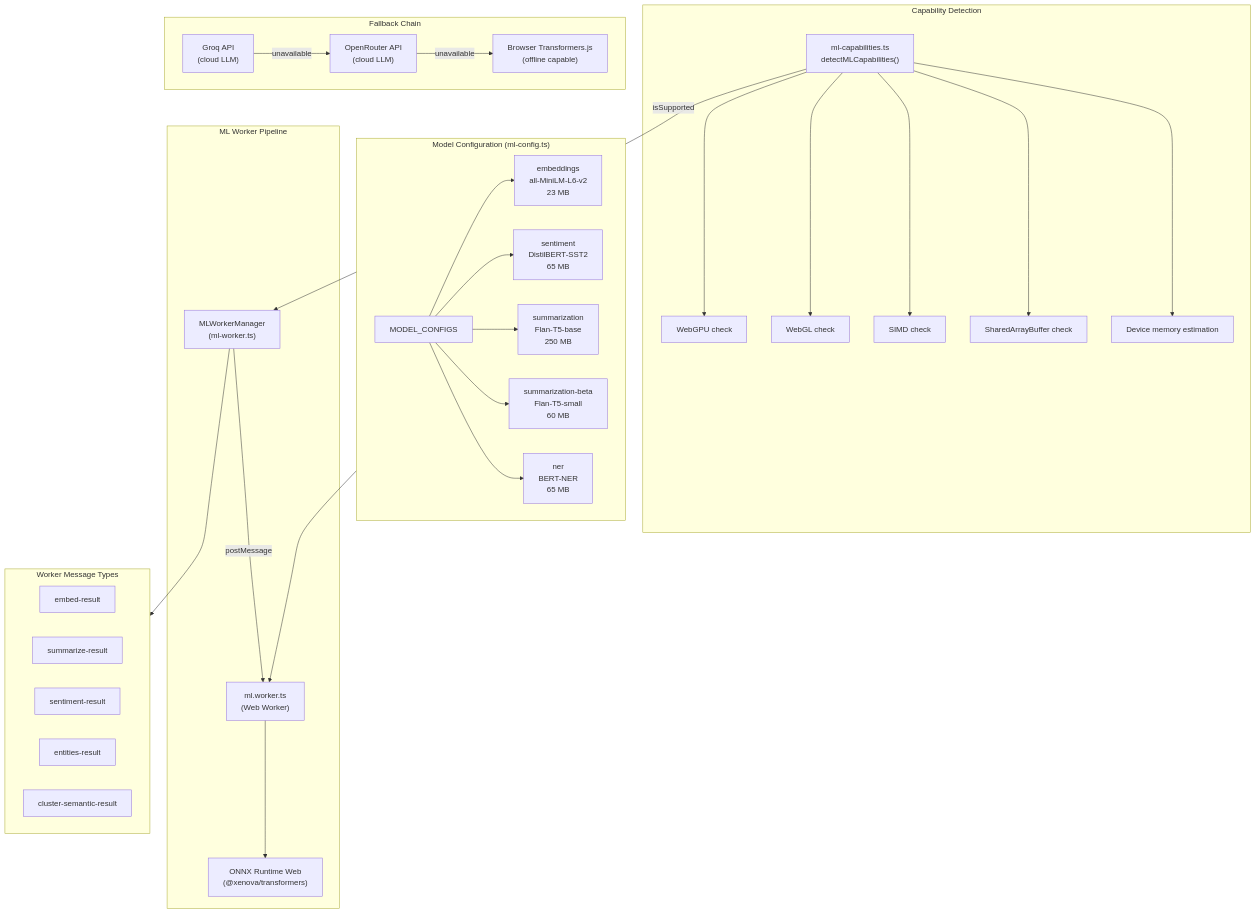
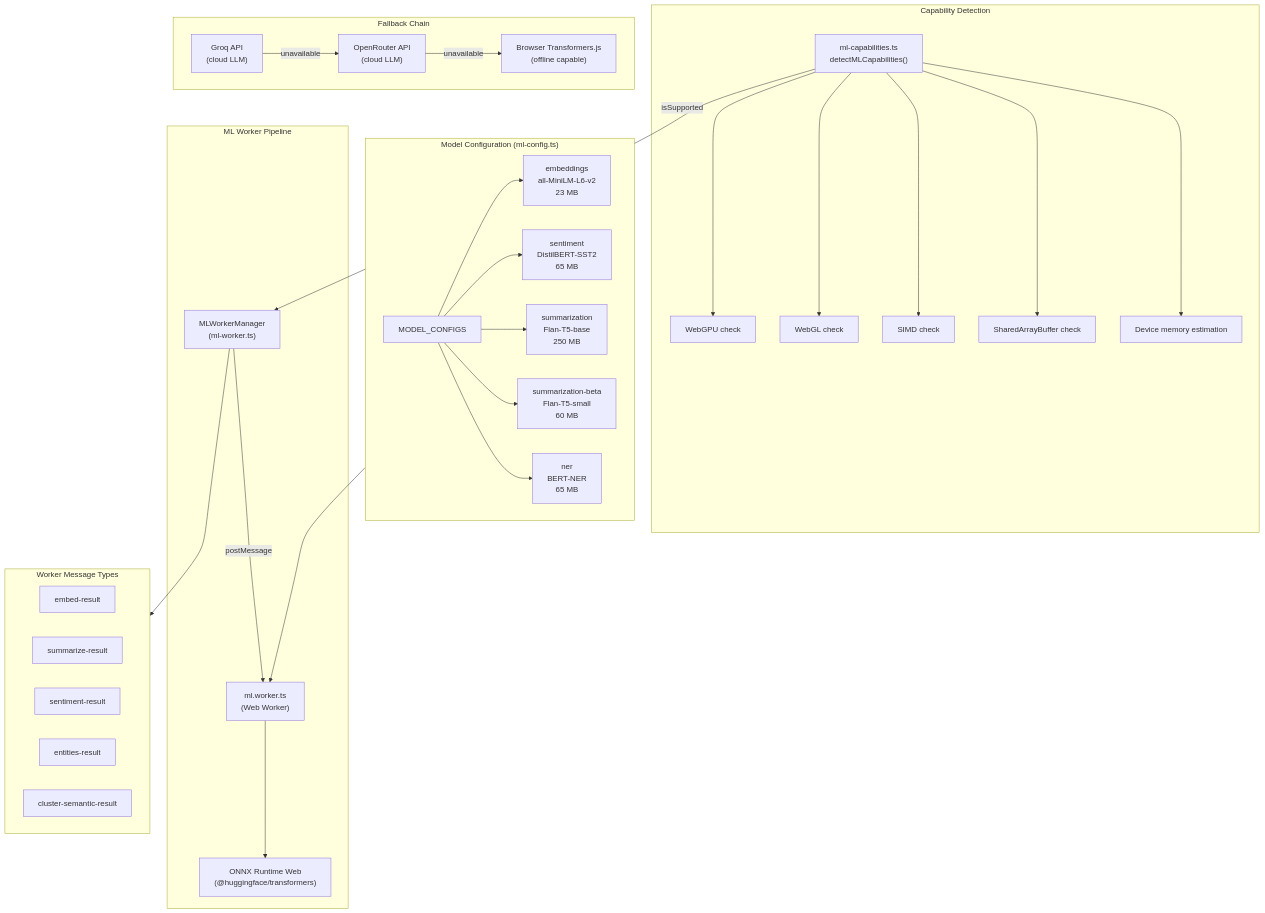
The eighth of 9 diagrams in docs/Docs_To_Review/ARCHITECTURE.md (hanzoai/world), drawn with Mermaid before and after one commit. The commit also changed 10 other files, not shown here.

````diff
--- a/docs/Docs_To_Review/ARCHITECTURE.md
+++ b/docs/Docs_To_Review/ARCHITECTURE.md
@@ -679,58 +679,58 @@
 ```mermaid
 graph TD
     subgraph Capabilities["Capability Detection"]
         Detect["ml-capabilities.ts<br/>detectMLCapabilities()"]
         WebGPU["WebGPU check"]
         WebGL["WebGL check"]
         SIMD["SIMD check"]
         Threads["SharedArrayBuffer check"]
         Memory["Device memory estimation"]
         Detect --> WebGPU
         Detect --> WebGL
         Detect --> SIMD
         Detect --> Threads
         Detect --> Memory
     end
 
     subgraph Config["Model Configuration (ml-config.ts)"]
         Models["MODEL_CONFIGS"]
         Embed["embeddings<br/>all-MiniLM-L6-v2<br/>23 MB"]
         Sentiment["sentiment<br/>DistilBERT-SST2<br/>65 MB"]
         Summarize["summarization<br/>Flan-T5-base<br/>250 MB"]
         SumSmall["summarization-beta<br/>Flan-T5-small<br/>60 MB"]
         NER["ner<br/>BERT-NER<br/>65 MB"]
         Models --> Embed
         Models --> Sentiment
         Models --> Summarize
         Models --> SumSmall
         Models --> NER
     end
 
     subgraph WorkerPipeline["ML Worker Pipeline"]
         Manager["MLWorkerManager<br/>(ml-worker.ts)"]
         Worker["ml.worker.ts<br/>(Web Worker)"]
-        ONNX["ONNX Runtime Web<br/>(@xenova/transformers)"]
+        ONNX["ONNX Runtime Web<br/>(@huggingface/transformers)"]
         Manager -->|"postMessage"| Worker
         Worker --> ONNX
     end
 
     subgraph Fallback["Fallback Chain"]
         Groq["Groq API<br/>(cloud LLM)"]
         OpenRouter["OpenRouter API<br/>(cloud LLM)"]
         BrowserML["Browser Transformers.js<br/>(offline capable)"]
         Groq -->|"unavailable"| OpenRouter
         OpenRouter -->|"unavailable"| BrowserML
     end
 
     subgraph Results["Worker Message Types"]
         EmbedR["embed-result"]
         SumR["summarize-result"]
         SentR["sentiment-result"]
         EntR["entities-result"]
         ClusterR["cluster-semantic-result"]
     end
 
     Detect -->|"isSupported"| Manager
     Config --> Worker
     Manager --> Results
 ```
````
